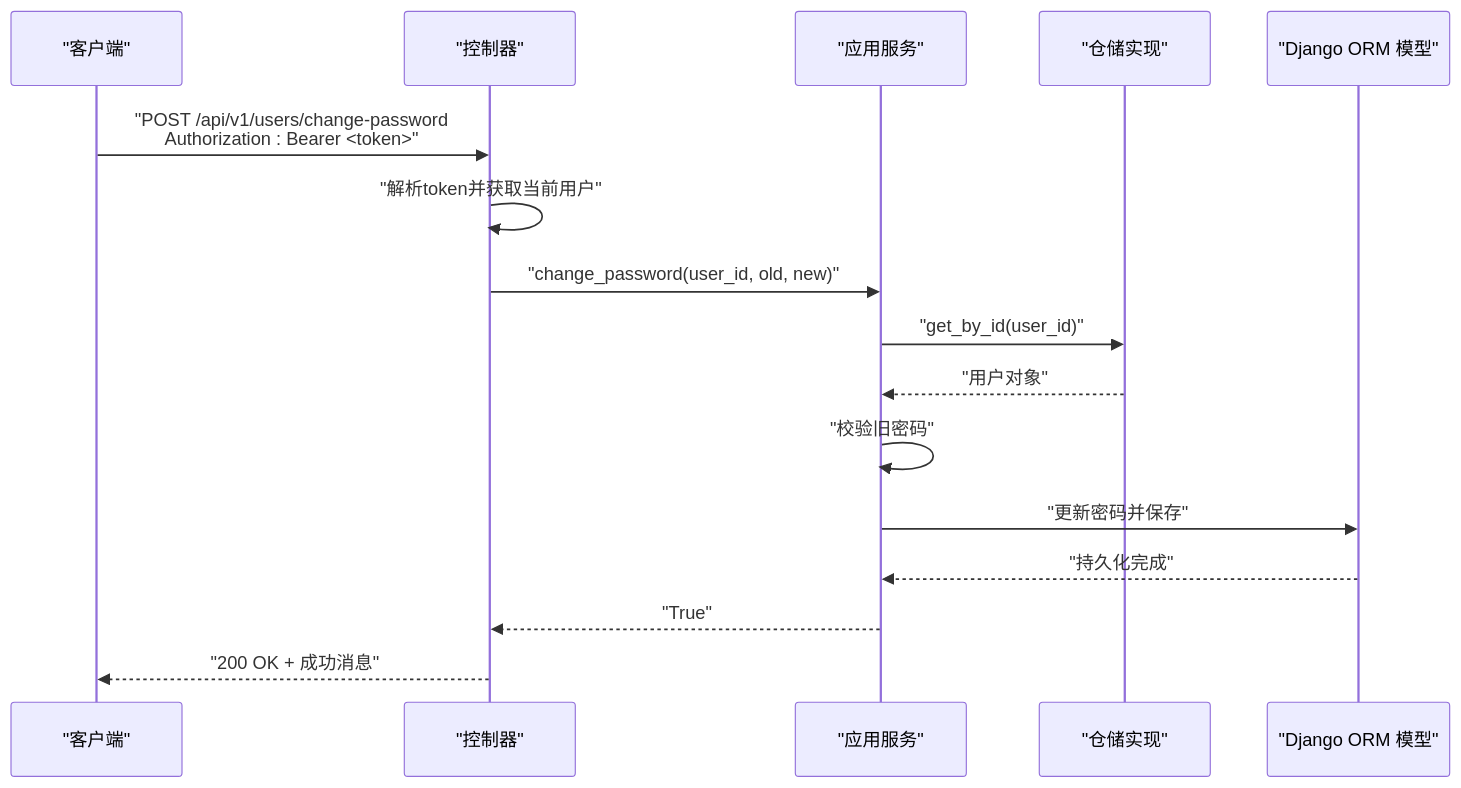
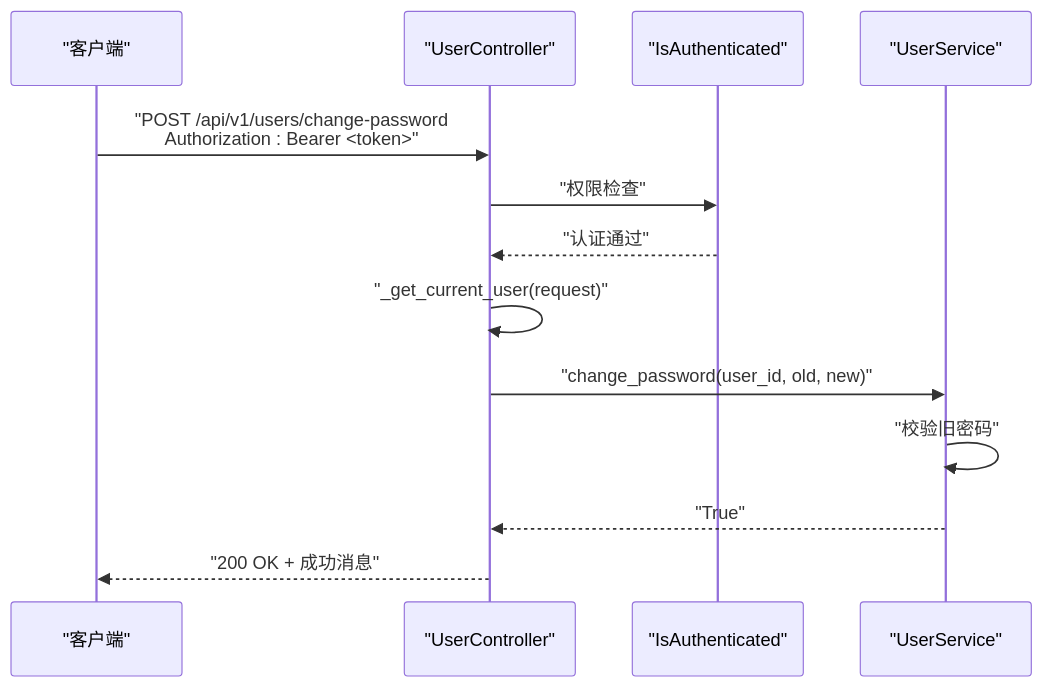
The sixth of 7 diagrams in .qoder/repowiki/zh/content/API 接口文档/用户管理接口.md (taoweidong/Hello-Django-Ninja-Api), drawn with Mermaid before and after one commit. The commit also changed other lines of this file and 7 other files, not shown here.

````diff
--- a/.qoder/repowiki/zh/content/API 接口文档/用户管理接口.md
+++ b/.qoder/repowiki/zh/content/API 接口文档/用户管理接口.md
@@ -331,18 +415,15 @@
 ```mermaid
 sequenceDiagram
 participant C as "客户端"
-participant R as "控制器"
-participant S as "应用服务"
-participant P as "仓储实现"
-participant M as "Django ORM 模型"
-C->>R : "POST /api/v1/users/change-password<br/>Authorization : Bearer <token>"
-R->>R : "解析token并获取当前用户"
-R->>S : "change_password(user_id, old, new)"
-S->>P : "get_by_id(user_id)"
-P-->>S : "用户对象"
-S->>S : "校验旧密码"
-S->>M : "更新密码并保存"
-M-->>S : "持久化完成"
-S-->>R : "True"
-R-->>C : "200 OK + 成功消息"
+participant UC as "UserController"
+participant P as "IsAuthenticated"
+participant US as "UserService"
+C->>UC : "POST /api/v1/users/change-password<br/>Authorization : Bearer <token>"
+UC->>P : "权限检查"
+P-->>UC : "认证通过"
+UC->>UC : "_get_current_user(request)"
+UC->>US : "change_password(user_id, old, new)"
+US->>US : "校验旧密码"
+US-->>UC : "True"
+UC-->>C : "200 OK + 成功消息"
 ```
````
